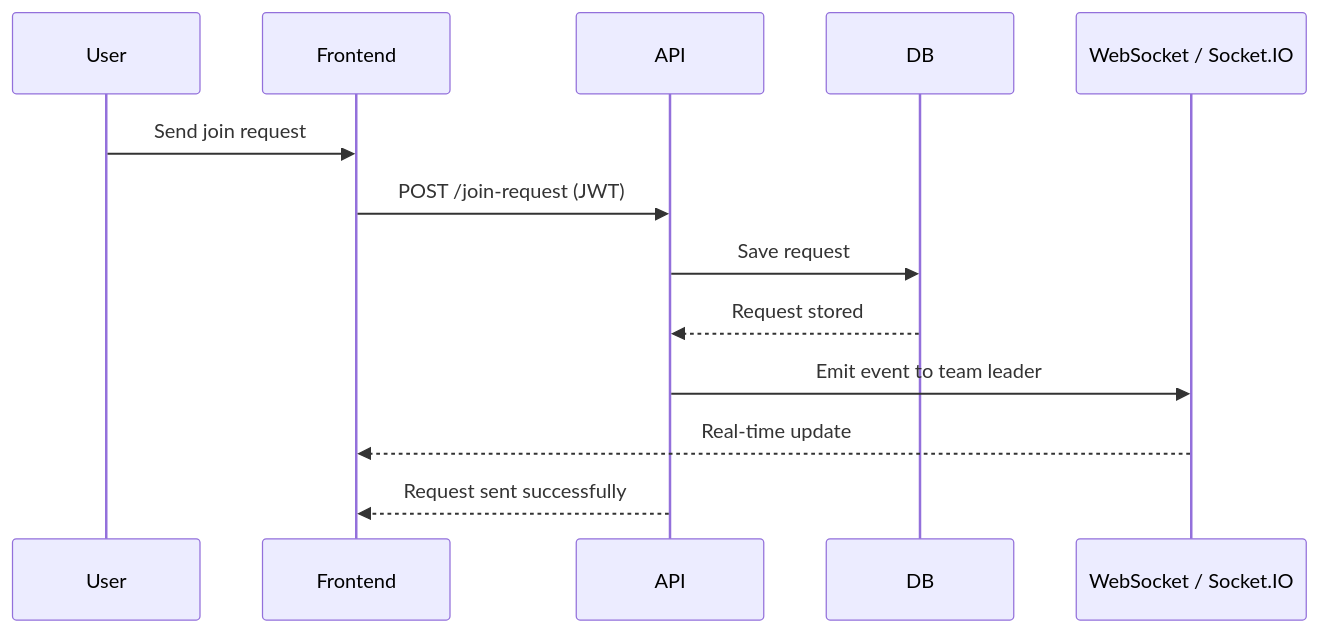
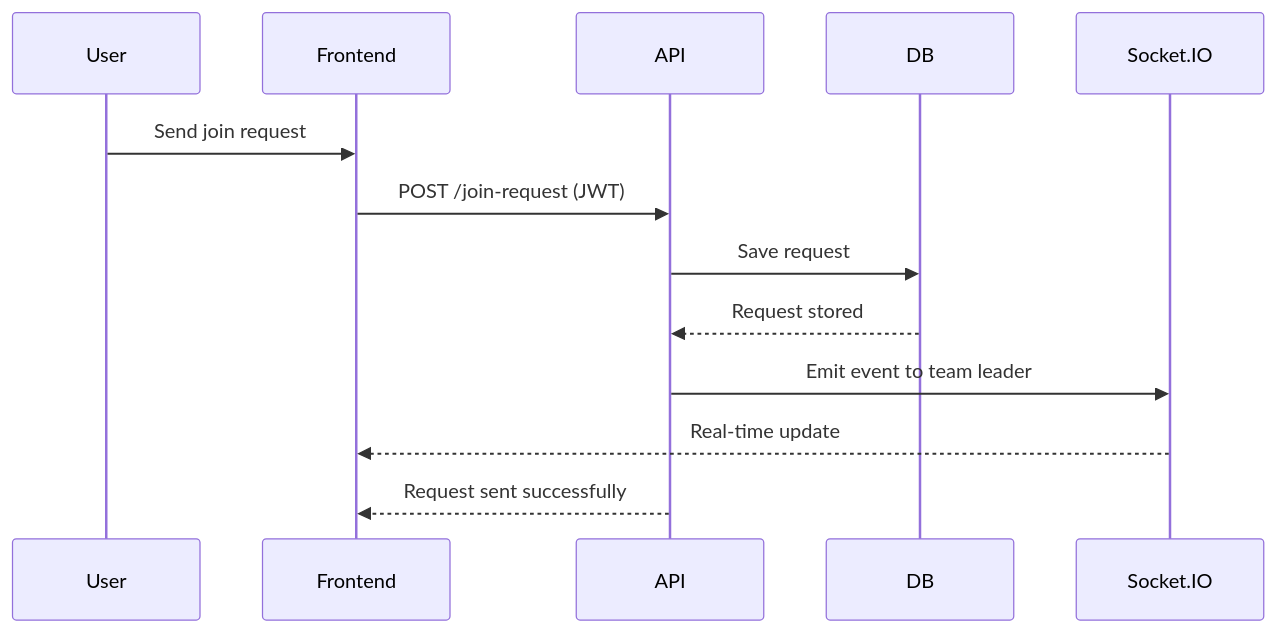
One commit to Rinadfahadz/Portfolio changed the second of 3 diagrams in stage3/High-Level Sequence Diagrams.md. Above: the diagram before and after it, drawn with Mermaid.

````diff
--- a/stage3/High-Level Sequence Diagrams.md
+++ b/stage3/High-Level Sequence Diagrams.md
@@ -29,19 +29,19 @@
 ```mermaid
 sequenceDiagram
     participant User
     participant Frontend
     participant API
     participant DB
-    participant Socket as WebSocket / Socket.IO
+    participant Socket as  Socket.IO
 
     User->>Frontend: Send join request
     Frontend->>API: POST /join-request (JWT)
 
     API->>DB: Save request
     DB-->>API: Request stored
 
     API->>Socket: Emit event to team leader
     Socket-->>Frontend: Real-time update
 
     API-->>Frontend: Request sent successfully
 ```
````
